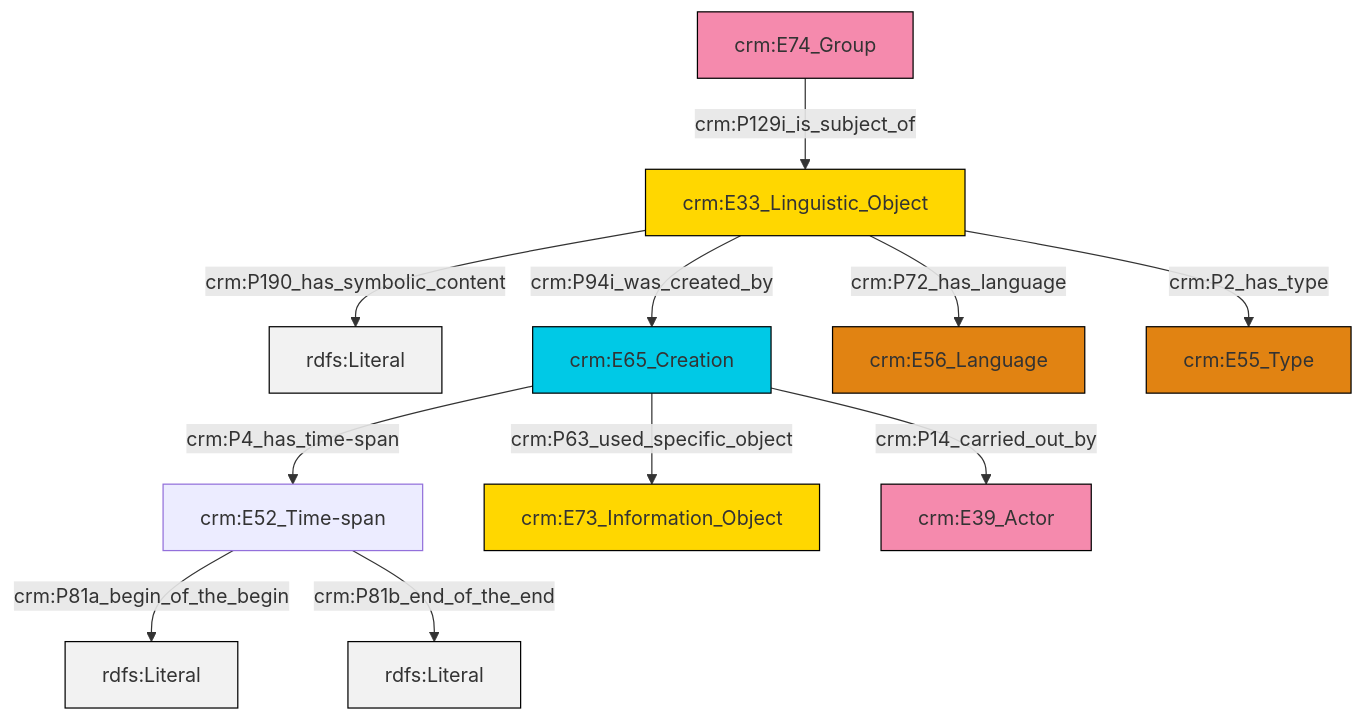
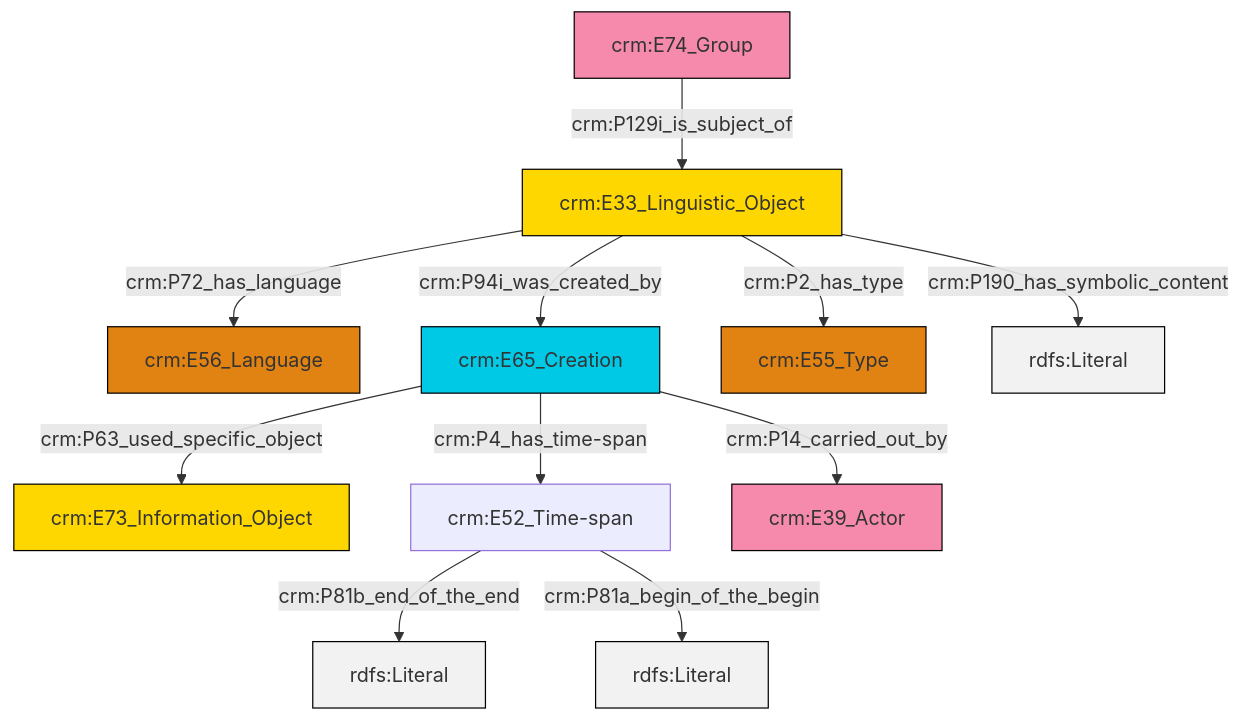
The diagram in et/groupCSV/ttl/mmd/group_description.ttl.mmd (swiss-art-research-net/docs.swissartresearch), drawn with Mermaid before and after one commit. The commit also changed 179 other files, not shown here.

```diff
--- a/et/groupCSV/ttl/mmd/group_description.ttl.mmd
+++ b/et/groupCSV/ttl/mmd/group_description.ttl.mmd
@@ -1,25 +1,25 @@
 graph TD
 classDef Literal fill:#f2f2f2,stroke:#000000;
 classDef CRM_Entity fill:#FFFFFF,stroke:#000000;
 classDef Temporal_Entity fill:#00C9E6, stroke:#000000;
 classDef Type fill:#E18312, stroke:#000000;
 classDef Time-Span fill:#2C9C91, stroke:#000000;
 classDef Appellation fill:#FFEB7F, stroke:#000000;
 classDef Place fill:#008836, stroke:#000000;
 classDef Persistent_Item fill:#B266B2, stroke:#000000;
 classDef Conceptual_Object fill:#FFD700, stroke:#000000;
 classDef Physical_Thing fill:#D2B48C, stroke:#000000;
 classDef Actor fill:#f58aad, stroke:#000000;
 classDef PC_Classes fill:#4ce600, stroke:#000000;
 classDef Multi fill:#cccccc,stroke:#000000;
 
-0["crm:E33_Linguistic_Object"]:::Conceptual_Object -->|crm:P190_has_symbolic_content| 2[rdfs:Literal]:::Literal
-3["crm:E52_Time-span"]:::Default -->|crm:P81a_begin_of_the_begin| 7[rdfs:Literal]:::Literal
-0["crm:E33_Linguistic_Object"]:::Conceptual_Object -->|crm:P94i_was_created_by| 8["crm:E65_Creation"]:::Temporal_Entity
-9["crm:E74_Group"]:::Actor -->|crm:P129i_is_subject_of| 0["crm:E33_Linguistic_Object"]:::Conceptual_Object
-8["crm:E65_Creation"]:::Temporal_Entity -->|crm:P4_has_time-span| 3["crm:E52_Time-span"]:::Default
-8["crm:E65_Creation"]:::Temporal_Entity -->|crm:P63_used_specific_object| 5["crm:E73_Information_Object"]:::Conceptual_Object
-0["crm:E33_Linguistic_Object"]:::Conceptual_Object -->|crm:P72_has_language| 10["crm:E56_Language"]:::Type
-0["crm:E33_Linguistic_Object"]:::Conceptual_Object -->|crm:P2_has_type| 13["crm:E55_Type"]:::Type
-3["crm:E52_Time-span"]:::Default -->|crm:P81b_end_of_the_end| 17[rdfs:Literal]:::Literal
-8["crm:E65_Creation"]:::Temporal_Entity -->|crm:P14_carried_out_by| 14["crm:E39_Actor"]:::Actor
+2["crm:E65_Creation"]:::Temporal_Entity -->|crm:P63_used_specific_object| 3["crm:E73_Information_Object"]:::Conceptual_Object
+2["crm:E65_Creation"]:::Temporal_Entity -->|crm:P4_has_time-span| 4["crm:E52_Time-span"]:::Default
+4["crm:E52_Time-span"]:::Default -->|crm:P81b_end_of_the_end| 12[rdfs:Literal]:::Literal
+2["crm:E65_Creation"]:::Temporal_Entity -->|crm:P14_carried_out_by| 5["crm:E39_Actor"]:::Actor
+15["crm:E33_Linguistic_Object"]:::Conceptual_Object -->|crm:P94i_was_created_by| 2["crm:E65_Creation"]:::Temporal_Entity
+10["crm:E74_Group"]:::Actor -->|crm:P129i_is_subject_of| 15["crm:E33_Linguistic_Object"]:::Conceptual_Object
+15["crm:E33_Linguistic_Object"]:::Conceptual_Object -->|crm:P2_has_type| 8["crm:E55_Type"]:::Type
+15["crm:E33_Linguistic_Object"]:::Conceptual_Object -->|crm:P190_has_symbolic_content| 17[rdfs:Literal]:::Literal
+15["crm:E33_Linguistic_Object"]:::Conceptual_Object -->|crm:P72_has_language| 0["crm:E56_Language"]:::Type
+4["crm:E52_Time-span"]:::Default -->|crm:P81a_begin_of_the_begin| 18[rdfs:Literal]:::Literal
```
